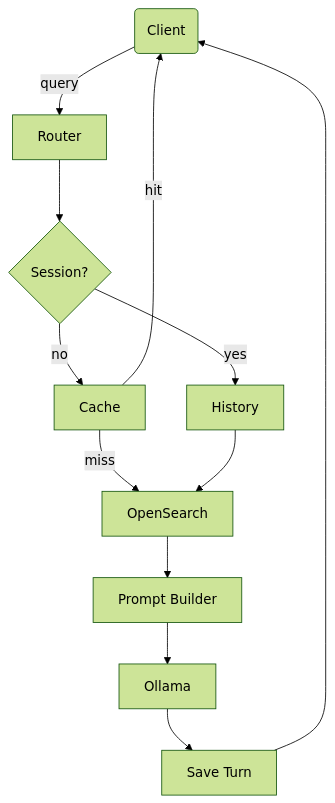
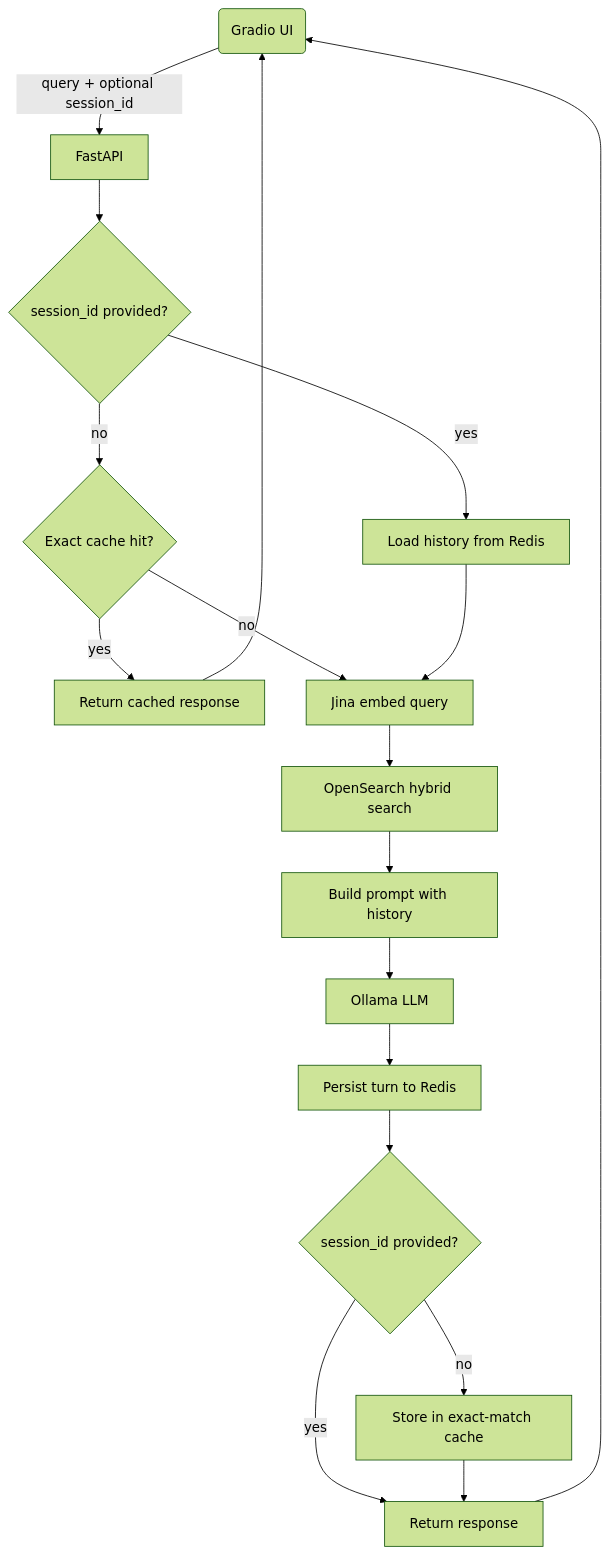
The diagram in docs/session-architecture.md (aksh-ay06/RAG), drawn with Mermaid (forest theme) before and after one commit. The commit also changed other lines of this file, not shown here.

Commit message:
update session architecture diagram to match implementation

````diff
--- a/docs/session-architecture.md
+++ b/docs/session-architecture.md
@@ -5,15 +5,26 @@
 ```mermaid
 flowchart TD
-    Client(Client)
-    Client -->|query| Router[Router]
-    Router --> Q{Session?}
-    Q -->|yes| History[History]
-    Q -->|no| Cache[Cache]
-    Cache -->|hit| Client
-    Cache -->|miss| Search[OpenSearch]
-    History --> Search
-    Search --> Prompt[Prompt Builder]
-    Prompt --> LLM[Ollama]
-    LLM --> Save[Save Turn]
-    Save --> Client
+    GU(Gradio UI)
+    GU -->|query + optional session_id| API[FastAPI]
+    API --> Q{session_id provided?}
+
+    Q -->|yes| HL[Load history from Redis]
+    Q -->|no| CC{Exact cache hit?}
+
+    CC -->|yes| RET[Return cached response]
+    RET --> GU
+
+    CC -->|no| EMB[Jina embed query]
+    HL --> EMB
+
+    EMB --> OS[OpenSearch hybrid search]
+    OS --> PB[Build prompt with history]
+    PB --> LLM[Ollama LLM]
+    LLM --> SH[Persist turn to Redis]
+
+    SH --> Q2{session_id provided?}
+    Q2 -->|no| SC[Store in exact-match cache]
+    Q2 -->|yes| RESP[Return response]
+    SC --> RESP
+    RESP --> GU
 ```
````
